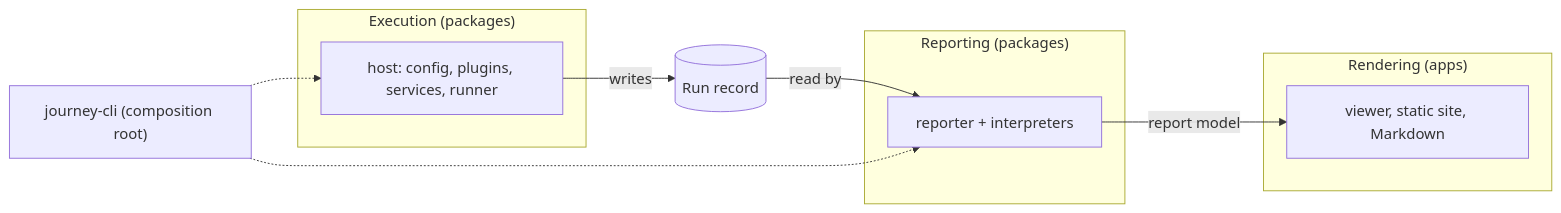
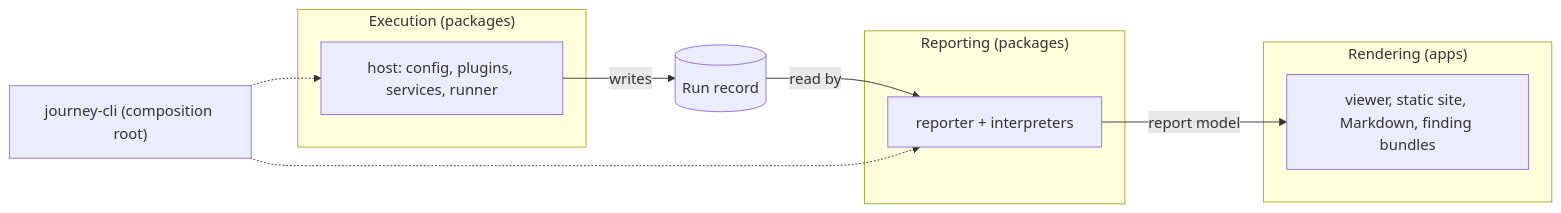
The diagram in docs/architecture.md (openuji/journey-mesh), drawn with Mermaid before and after one commit. The commit also changed other lines of this file and 61 other files, not shown here.

````diff
--- a/docs/architecture.md
+++ b/docs/architecture.md
@@ -10,16 +10,16 @@
 ```mermaid
 flowchart LR
   subgraph execution["Execution (packages)"]
     host["host: config, plugins, services, runner"]
   end
   record[("Run record")]
   subgraph reporting["Reporting (packages)"]
     reporter["reporter + interpreters"]
   end
   subgraph rendering["Rendering (apps)"]
-    renderer["viewer, static site, Markdown"]
+    renderer["viewer, static site, Markdown, finding bundles"]
   end
   host -->|writes| record -->|read by| reporter -->|report model| renderer
   cli["journey-cli (composition root)"] -.-> host
   cli -.-> reporter
 ```
````
